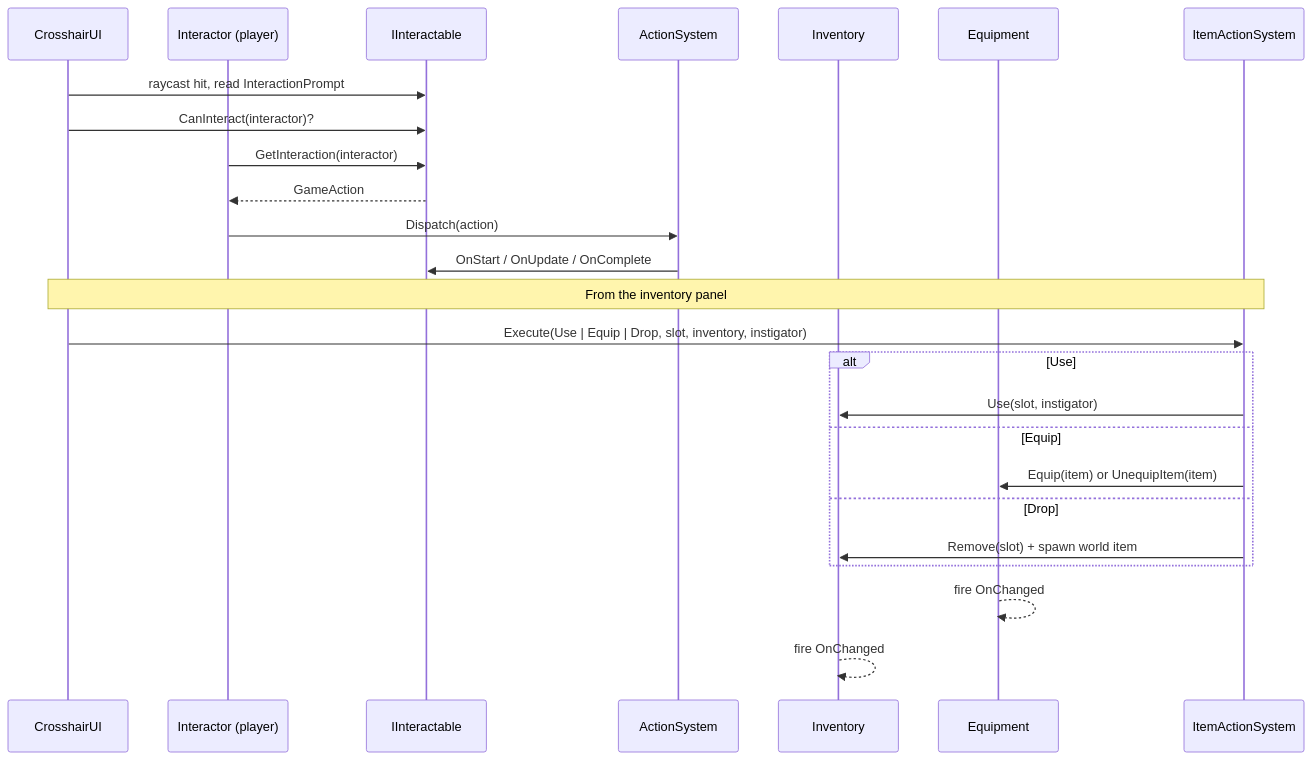
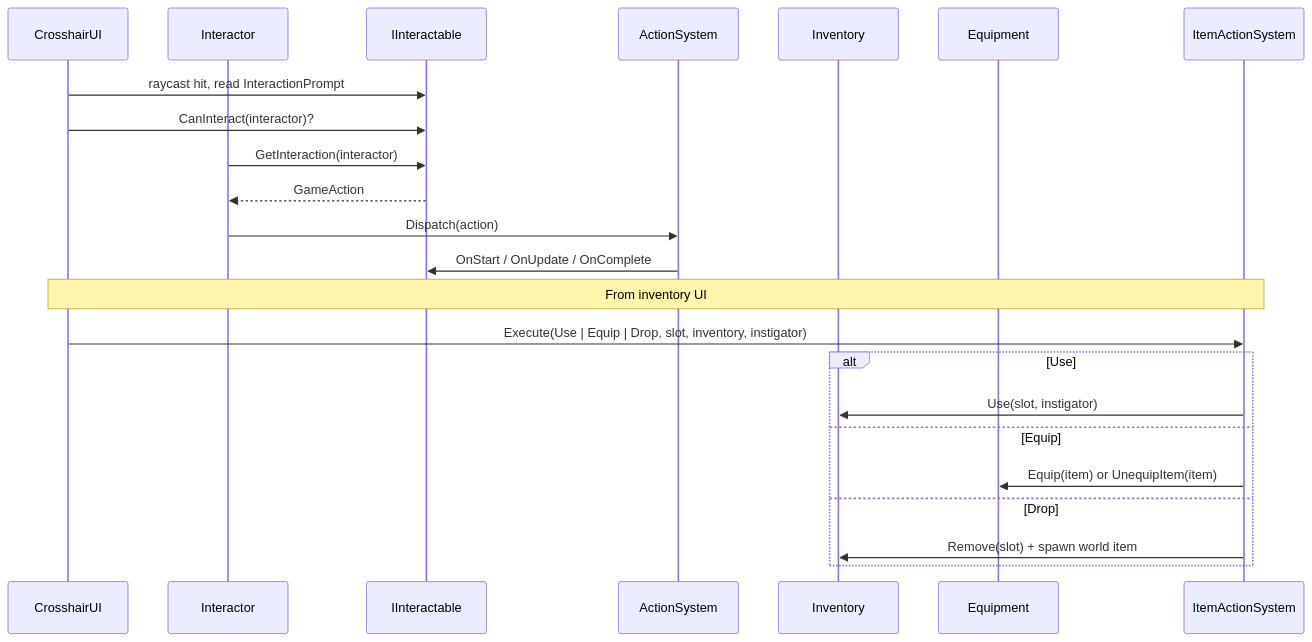
One commit to SolAuror/FishBox changed the diagram in docs/systems/interactions-inventory.md. Above: the diagram before and after it, drawn with Mermaid. The commit also changed other lines of this file and 74 other files, not shown here.

````diff
--- a/docs/systems/interactions-inventory.md
+++ b/docs/systems/interactions-inventory.md
@@ -39,29 +65,27 @@
 ```mermaid
 sequenceDiagram
     participant UI as CrosshairUI
-    participant Player as Interactor (player)
+    participant Player as Interactor
     participant Target as IInteractable
     participant AS as ActionSystem
     participant Inv as Inventory
     participant Eq as Equipment
     participant IAS as ItemActionSystem
 
     UI->>Target: raycast hit, read InteractionPrompt
     UI->>Target: CanInteract(interactor)?
     Player->>Target: GetInteraction(interactor)
     Target-->>Player: GameAction
     Player->>AS: Dispatch(action)
     AS->>Target: OnStart / OnUpdate / OnComplete
 
-    Note over UI,IAS: From the inventory panel
+    Note over UI,IAS: From inventory UI
     UI->>IAS: Execute(Use | Equip | Drop, slot, inventory, instigator)
     alt Use
         IAS->>Inv: Use(slot, instigator)
     else Equip
         IAS->>Eq: Equip(item) or UnequipItem(item)
     else Drop
         IAS->>Inv: Remove(slot) + spawn world item
     end
-    Eq-->>Eq: fire OnChanged
-    Inv-->>Inv: fire OnChanged
 ```
````
